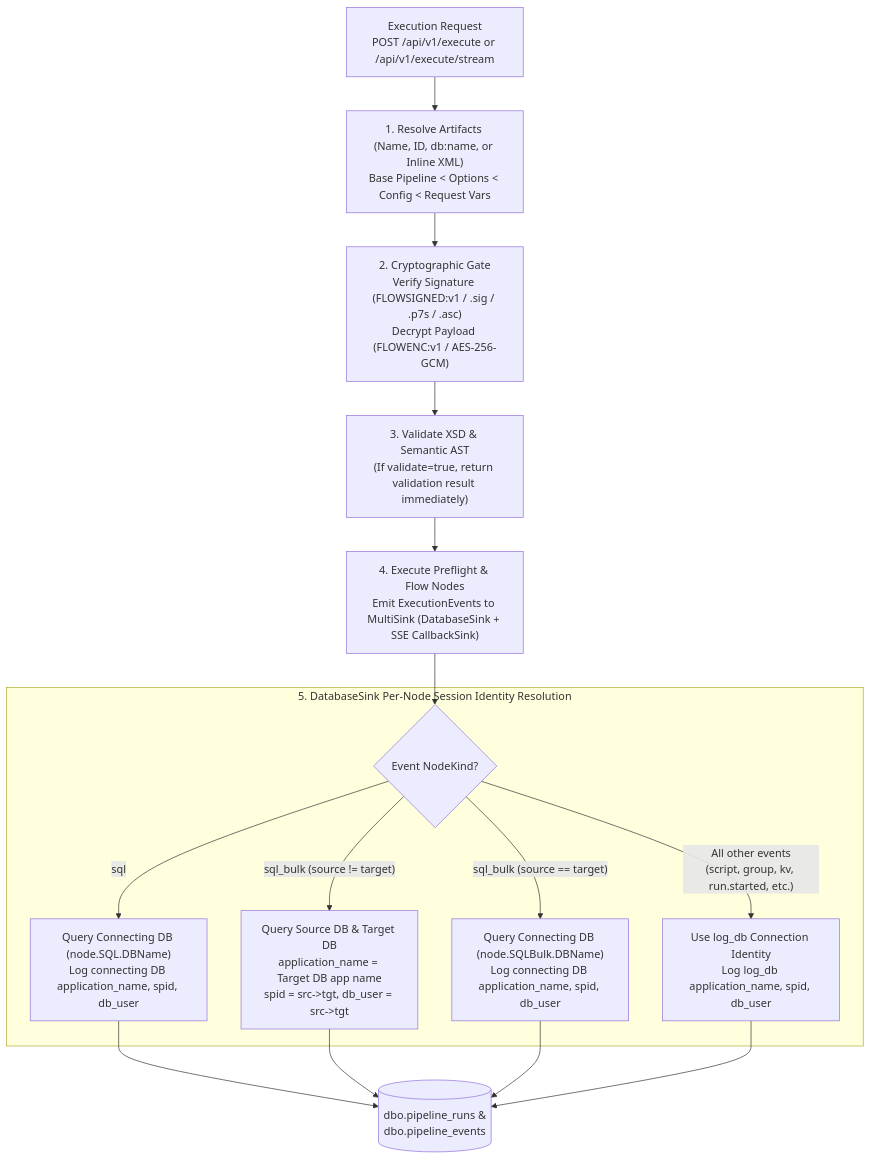
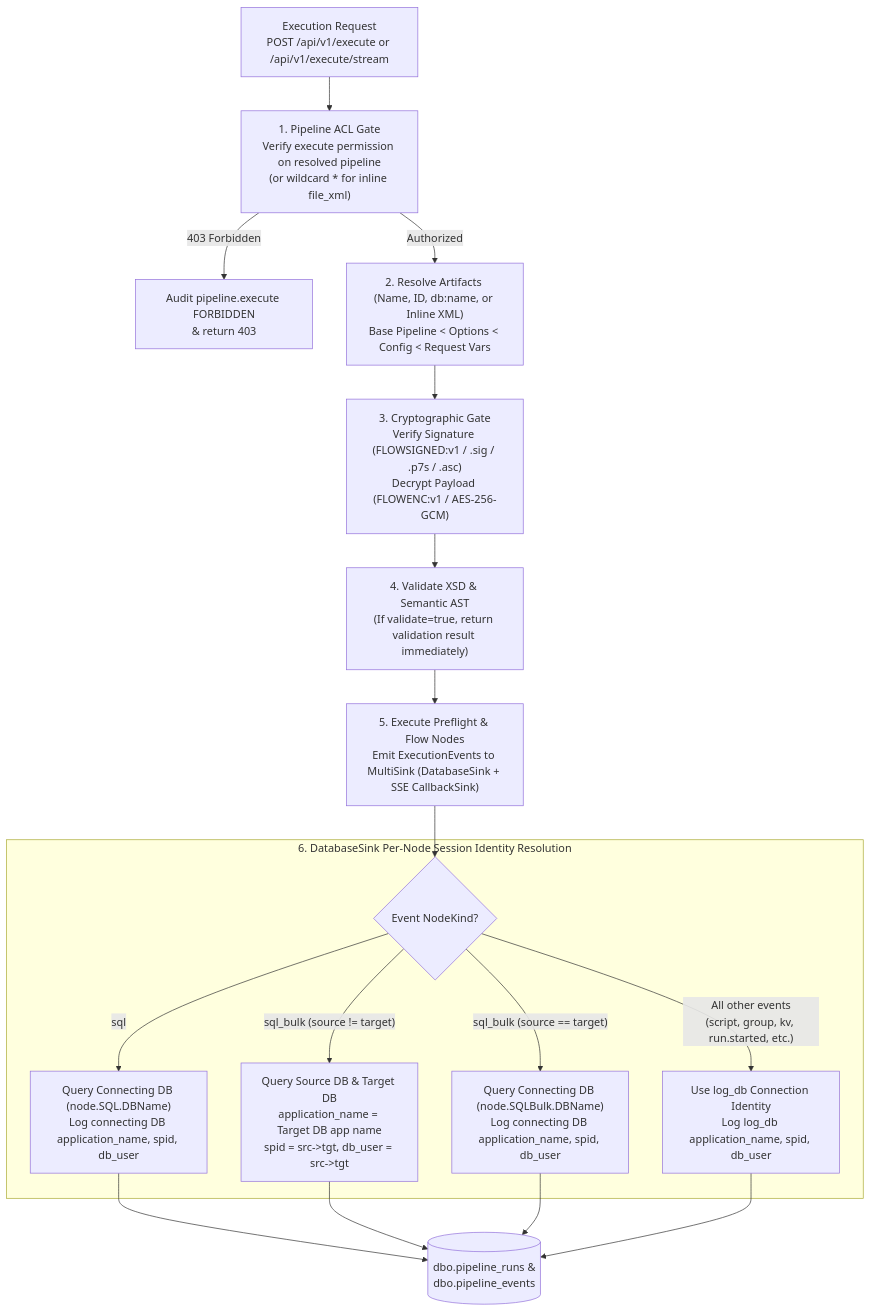
Before and after one commit to etl-madness/go-flowAPI: the third of 6 diagrams in docs/API_ENDPOINTS_REFERENCE.md, drawn with Mermaid. The commit also changed other lines of this file and 16 other files, not shown here.

````diff
--- a/docs/API_ENDPOINTS_REFERENCE.md
+++ b/docs/API_ENDPOINTS_REFERENCE.md
@@ -256,21 +296,24 @@
 ```mermaid
 flowchart TD
-    REQ["Execution Request<br/>POST /api/v1/execute or /api/v1/execute/stream"] --> RESOLVE["1. Resolve Artifacts (Name, ID, db:name, or Inline XML)<br/>Base Pipeline &lt; Options &lt; Config &lt; Request Vars"]
+    REQ["Execution Request<br/>POST /api/v1/execute or /api/v1/execute/stream"] --> ACL["1. Pipeline ACL Gate<br/>Verify execute permission on resolved pipeline<br/>(or wildcard * for inline file_xml)"]
 
-    RESOLVE --> SEC["2. Cryptographic Gate<br/>Verify Signature (FLOWSIGNED:v1 / .sig / .p7s / .asc)<br/>Decrypt Payload (FLOWENC:v1 / AES-256-GCM)"]
+    ACL -->|"403 Forbidden"| DENY["Audit pipeline.execute FORBIDDEN<br/>&amp; return 403"]
+    ACL -->|"Authorized"| RESOLVE["2. Resolve Artifacts (Name, ID, db:name, or Inline XML)<br/>Base Pipeline &lt; Options &lt; Config &lt; Request Vars"]
 
-    SEC --> VAL["3. Validate XSD &amp; Semantic AST<br/>(If validate=true, return validation result immediately)"]
+    RESOLVE --> SEC["3. Cryptographic Gate<br/>Verify Signature (FLOWSIGNED:v1 / .sig / .p7s / .asc)<br/>Decrypt Payload (FLOWENC:v1 / AES-256-GCM)"]
 
-    VAL --> EXEC["4. Execute Preflight &amp; Flow Nodes<br/>Emit ExecutionEvents to MultiSink (DatabaseSink + SSE CallbackSink)"]
+    SEC --> VAL["4. Validate XSD &amp; Semantic AST<br/>(If validate=true, return validation result immediately)"]
 
-    subgraph IdentityRules["5. DatabaseSink Per-Node Session Identity Resolution"]
+    VAL --> EXEC["5. Execute Preflight &amp; Flow Nodes<br/>Emit ExecutionEvents to MultiSink (DatabaseSink + SSE CallbackSink)"]
+
+    subgraph IdentityRules["6. DatabaseSink Per-Node Session Identity Resolution"]
         KIND{"Event NodeKind?"}
         KIND -->|"sql"| ID_SQL["Query Connecting DB (node.SQL.DBName)<br/>Log connecting DB application_name, spid, db_user"]
         KIND -->|"sql_bulk (source != target)"| ID_CROSS["Query Source DB &amp; Target DB<br/>application_name = Target DB app name<br/>spid = src->tgt, db_user = src->tgt"]
         KIND -->|"sql_bulk (source == target)"| ID_SAME["Query Connecting DB (node.SQLBulk.DBName)<br/>Log connecting DB application_name, spid, db_user"]
         KIND -->|"All other events<br/>(script, group, kv, run.started, etc.)"| ID_LOG["Use log_db Connection Identity<br/>Log log_db application_name, spid, db_user"]
     end
 
     EXEC --> KIND
     ID_SQL & ID_CROSS & ID_SAME & ID_LOG --> DB_TABLES[("dbo.pipeline_runs &amp;<br/>dbo.pipeline_events")]
 ```
````
